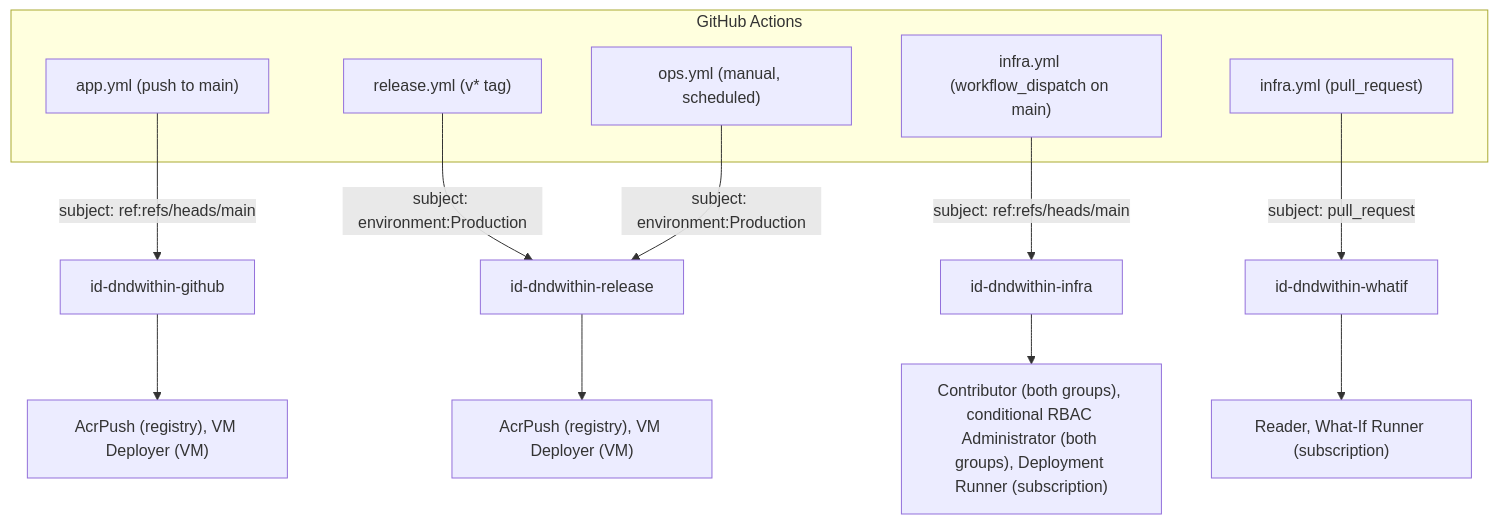
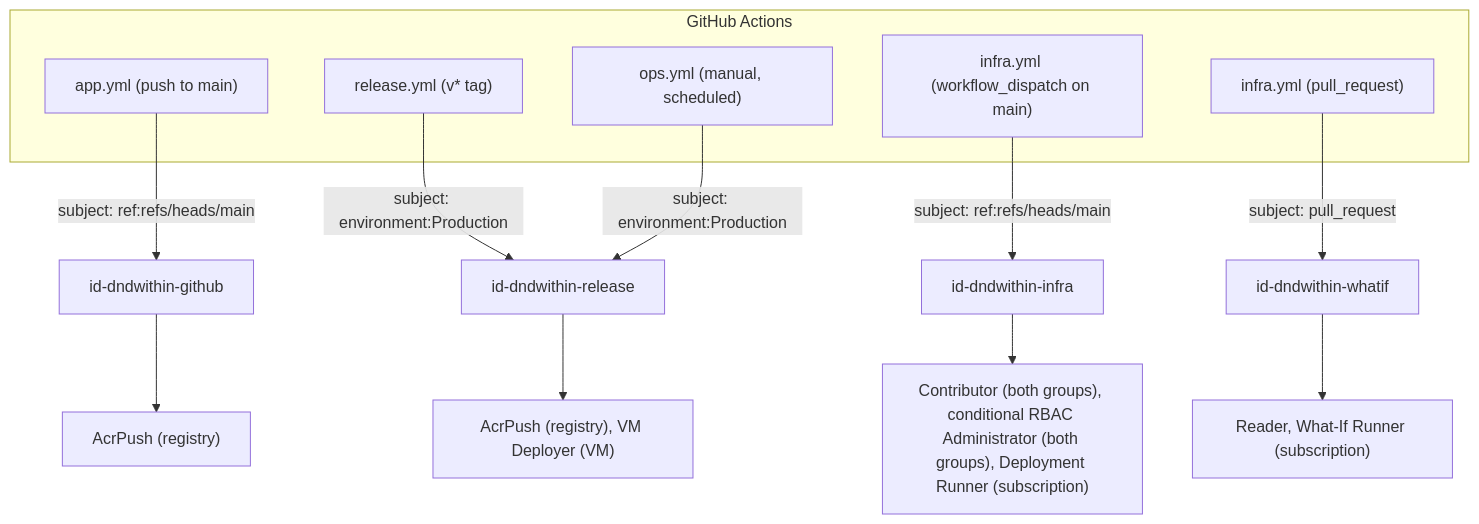
Before and after one commit to brock-afk/dnd-within: the second of 2 diagrams in docs/architecture.md, drawn with Mermaid. The commit also changed other lines of this file and 2 other files, not shown here.

Commit message:
infra: remove app as deployer

````diff
--- a/docs/architecture.md
+++ b/docs/architecture.md
@@ -44,21 +44,21 @@
 ```mermaid
 flowchart TB
     subgraph gh["GitHub Actions"]
         app_wf["app.yml (push to main)"]
         release_wf["release.yml (v* tag)"]
         ops_wf["ops.yml (manual, scheduled)"]
         infra_dispatch["infra.yml (workflow_dispatch on main)"]
         infra_pr["infra.yml (pull_request)"]
     end
 
     app_wf -- "subject: ref:refs/heads/main" --> id_app["id-dndwithin-github"]
     release_wf -- "subject: environment:Production" --> id_release["id-dndwithin-release"]
     ops_wf -- "subject: environment:Production" --> id_release
     infra_dispatch -- "subject: ref:refs/heads/main" --> id_infra["id-dndwithin-infra"]
     infra_pr -- "subject: pull_request" --> id_whatif["id-dndwithin-whatif"]
 
-    id_app --> r_app["AcrPush (registry), VM Deployer (VM)"]
+    id_app --> r_app["AcrPush (registry)"]
     id_release --> r_release["AcrPush (registry), VM Deployer (VM)"]
     id_infra --> r_infra["Contributor (both groups), conditional RBAC Administrator (both groups), Deployment Runner (subscription)"]
     id_whatif --> r_whatif["Reader, What-If Runner (subscription)"]
 ```
````
